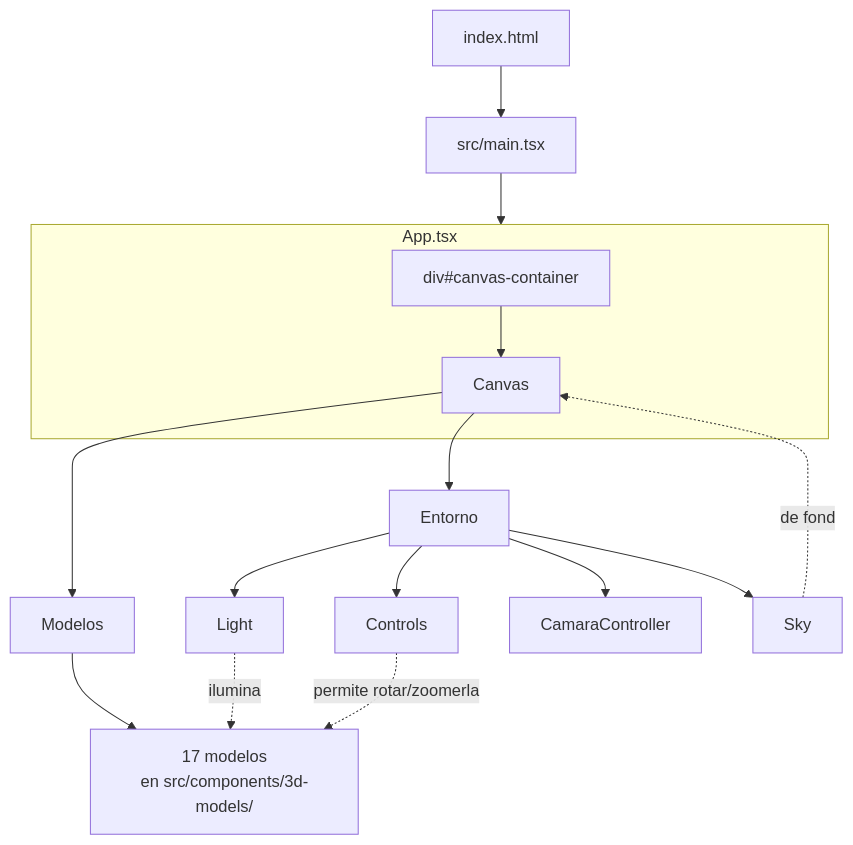
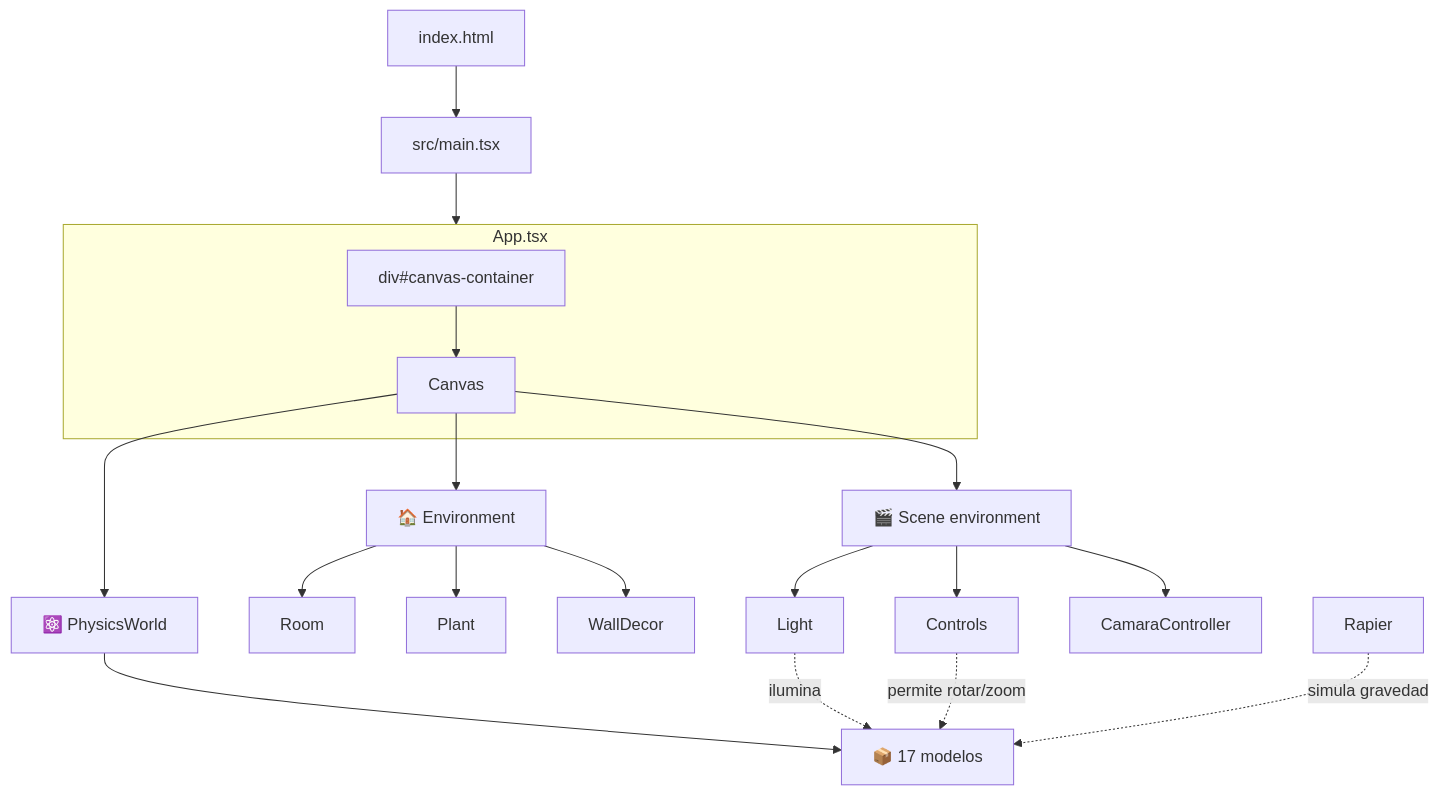
The fourth of 4 diagrams in docs/04-escena-3d/sistema-de-escena.md (Palcojulian/portafolio), drawn with Mermaid before and after one commit. The commit also changed other lines of this file and 7 other files, not shown here.

````diff
--- a/docs/04-escena-3d/sistema-de-escena.md
+++ b/docs/04-escena-3d/sistema-de-escena.md
@@ -139,26 +170,28 @@
 ```mermaid
 graph TB
     HTML[index.html] --> Main[src/main.tsx]
     Main --> App
 
     subgraph App[App.tsx]
         Container[div#canvas-container]
         Canvas
     end
 
     Container --> Canvas
 
-    Canvas --> Env[Entorno]
-    Canvas --> Models[Modelos]
+    Canvas --> Physics[⚛️ PhysicsWorld]
+    Canvas --> Env[🏠 Environment]
+    Canvas --> Scene[🎬 Scene environment]
 
-    Env --> Light
-    Env --> Controls
-    Env --> CamaraController
-    Env --> Sky
+    Physics --> Models[📦 17 modelos]
+    Env --> Room
+    Env --> Plant
+    Env --> WallDecor
+    Scene --> Light
+    Scene --> Controls
+    Scene --> CamaraController
 
-    Models --> M17[17 modelos<br/>en src/components/3d-models/]
-
-    Light -.ilumina.-> M17
-    Sky -.de fondo.-> Canvas
-    Controls -.permite rotar/zoomerla.-> M17
+    Light -.ilumina.-> Models
+    Controls -.permite rotar/zoom.-> Models
+    Rapier -.simula gravedad.-> Models
 ```
````
